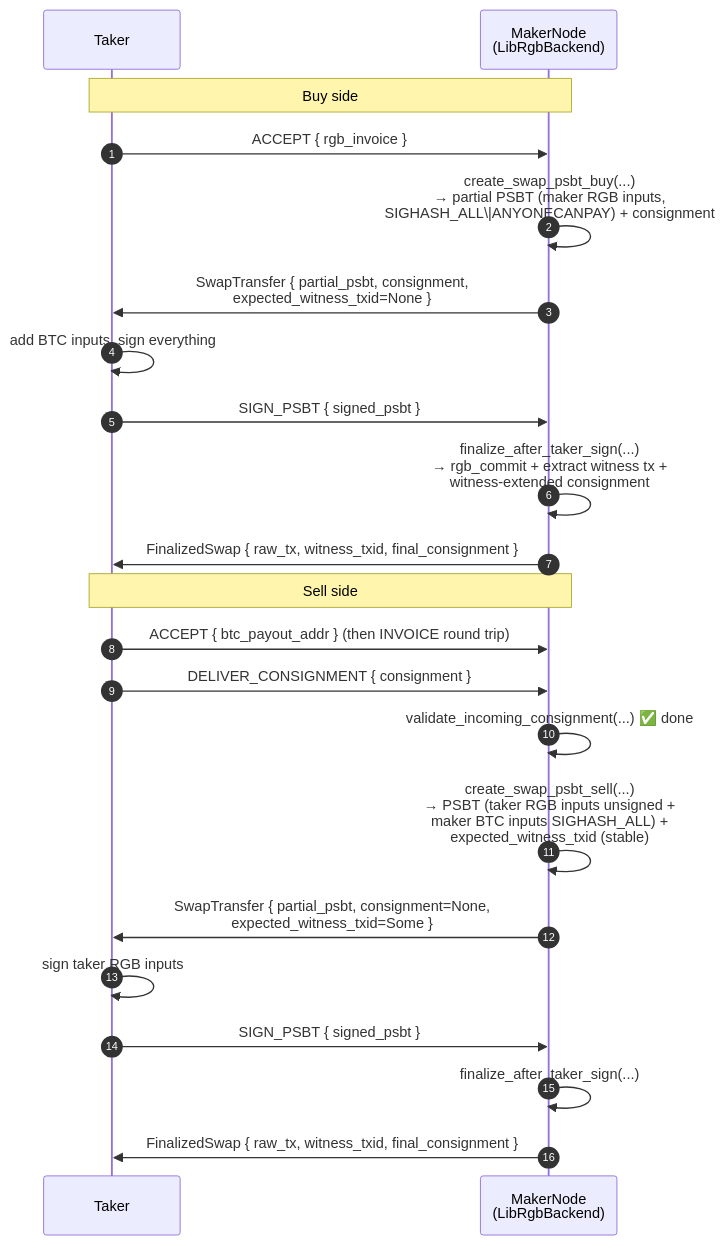
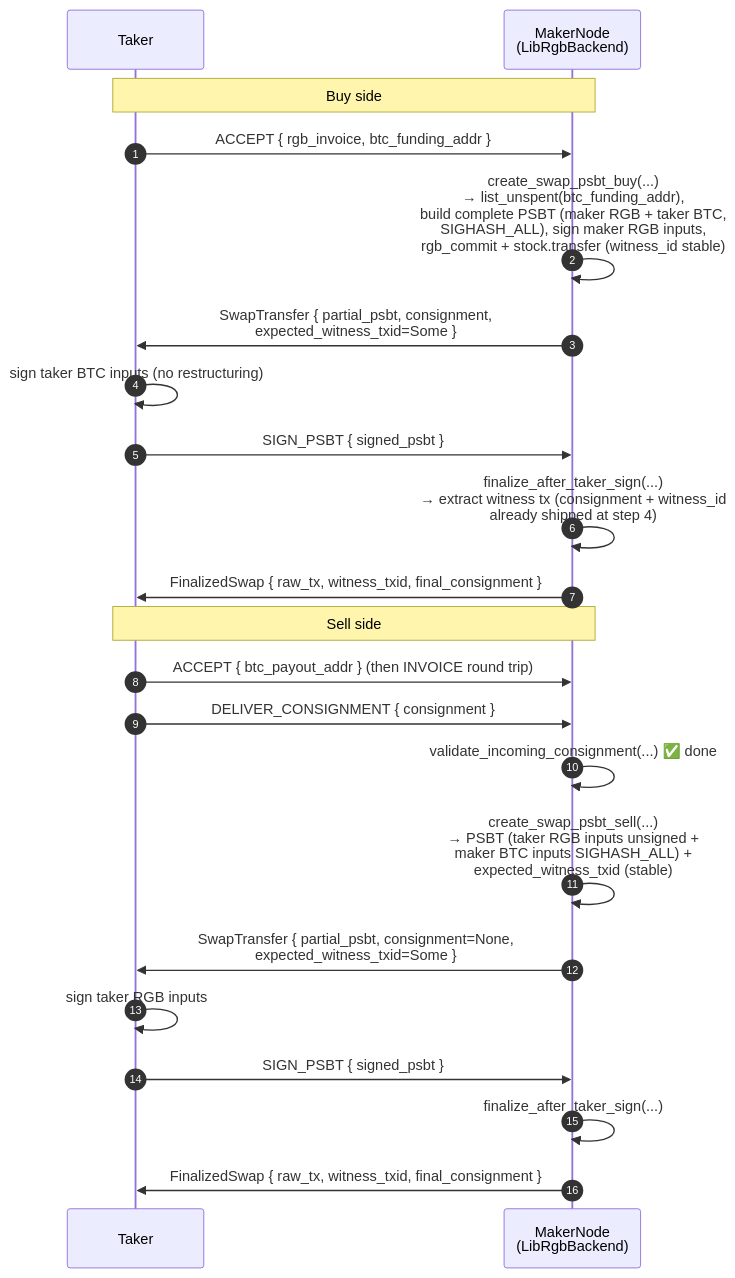
One commit to pxr64/rfq changed the diagram in docs/swap-psbt-design.md. Above: the diagram before and after it, drawn with Mermaid. The commit also changed other lines of this file and 1 other file, not shown here.

````diff
--- a/docs/swap-psbt-design.md
+++ b/docs/swap-psbt-design.md
@@ -22,26 +22,26 @@
 ```mermaid
 sequenceDiagram
     autonumber
     participant T as Taker
     participant N as MakerNode<br/>(LibRgbBackend)
 
     Note over T,N: Buy side
-    T->>N: ACCEPT { rgb_invoice }
-    N->>N: create_swap_psbt_buy(...)<br/>→ partial PSBT (maker RGB inputs,<br/>SIGHASH_ALL\|ANYONECANPAY) + consignment
-    N->>T: SwapTransfer { partial_psbt, consignment,<br/>expected_witness_txid=None }
-    T->>T: add BTC inputs, sign everything
+    T->>N: ACCEPT { rgb_invoice, btc_funding_addr }
+    N->>N: create_swap_psbt_buy(...)<br/>→ list_unspent(btc_funding_addr),<br/>build complete PSBT (maker RGB + taker BTC,<br/>SIGHASH_ALL), sign maker RGB inputs,<br/>rgb_commit + stock.transfer (witness_id stable)
+    N->>T: SwapTransfer { partial_psbt, consignment,<br/>expected_witness_txid=Some }
+    T->>T: sign taker BTC inputs (no restructuring)
     T->>N: SIGN_PSBT { signed_psbt }
-    N->>N: finalize_after_taker_sign(...)<br/>→ rgb_commit + extract witness tx +<br/>witness-extended consignment
+    N->>N: finalize_after_taker_sign(...)<br/>→ extract witness tx (consignment + witness_id<br/>already shipped at step 4)
     N->>T: FinalizedSwap { raw_tx, witness_txid, final_consignment }
 
     Note over T,N: Sell side
     T->>N: ACCEPT { btc_payout_addr } (then INVOICE round trip)
     T->>N: DELIVER_CONSIGNMENT { consignment }
     N->>N: validate_incoming_consignment(...)  ✅ done
     N->>N: create_swap_psbt_sell(...)<br/>→ PSBT (taker RGB inputs unsigned +<br/>maker BTC inputs SIGHASH_ALL) +<br/>expected_witness_txid (stable)
     N->>T: SwapTransfer { partial_psbt, consignment=None,<br/>expected_witness_txid=Some }
     T->>T: sign taker RGB inputs
     T->>N: SIGN_PSBT { signed_psbt }
     N->>N: finalize_after_taker_sign(...)
     N->>T: FinalizedSwap { raw_tx, witness_txid, final_consignment }
 ```
````
